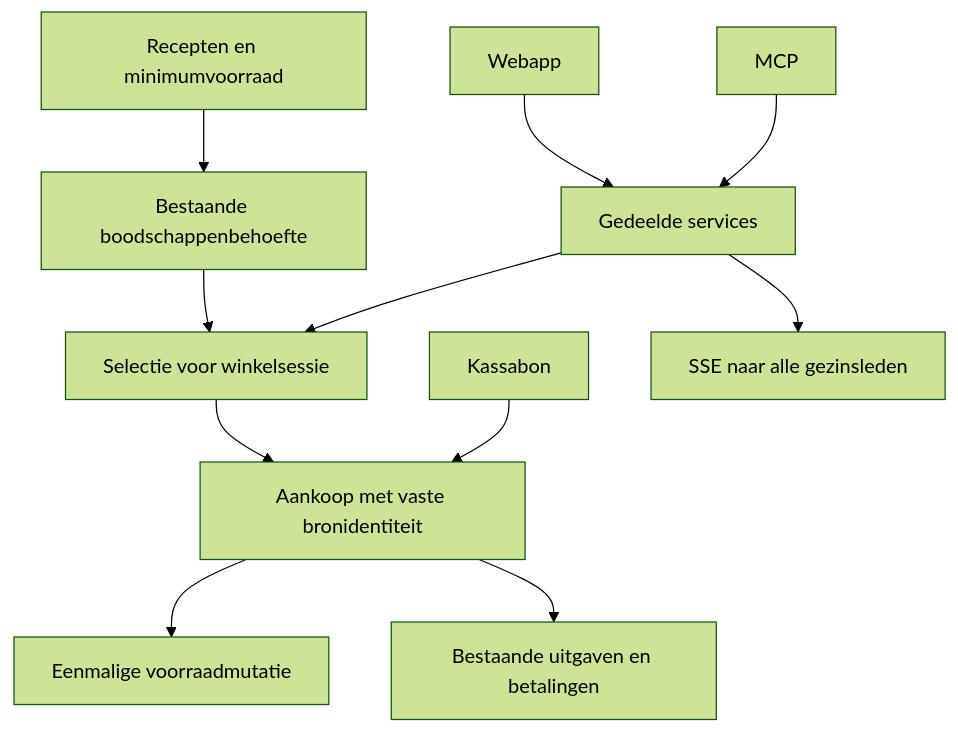
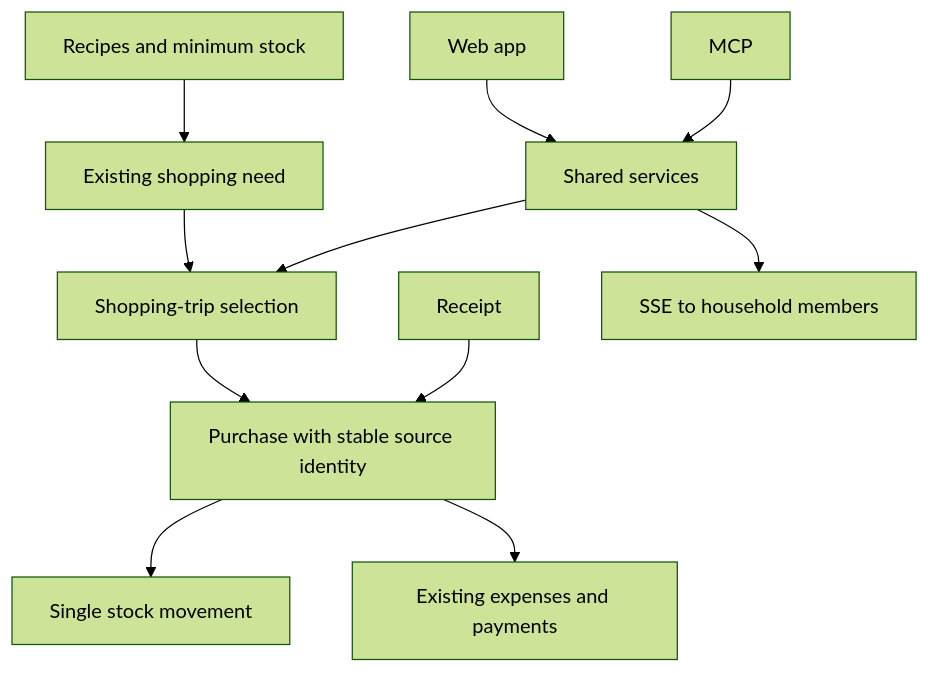
Before and after one commit to RobConings/wickedhome-project: the diagram in docs/plans/winkelsessies.mdx, drawn with Mermaid (forest theme). The commit also changed other lines of this file and 417 other files, not shown here.

````diff
--- a/docs/plans/winkelsessies.mdx
+++ b/docs/plans/winkelsessies.mdx
@@ -5,13 +5,13 @@
 ```mermaid
 flowchart TD
-  R[Recepten en minimumvoorraad] --> B[Bestaande boodschappenbehoefte]
-  B --> S[Selectie voor winkelsessie]
-  W[Webapp] --> A[Gedeelde services]
+  R[Recipes and minimum stock] --> B[Existing shopping need]
+  B --> S[Shopping-trip selection]
+  W[Web app] --> A[Shared services]
   M[MCP] --> A
   A --> S
-  S --> P[Aankoop met vaste bronidentiteit]
-  K[Kassabon] --> P
-  P --> V[Eenmalige voorraadmutatie]
-  P --> U[Bestaande uitgaven en betalingen]
-  A --> E[SSE naar alle gezinsleden]
+  S --> P[Purchase with stable source identity]
+  K[Receipt] --> P
+  P --> V[Single stock movement]
+  P --> U[Existing expenses and payments]
+  A --> E[SSE to household members]
 ```
````
